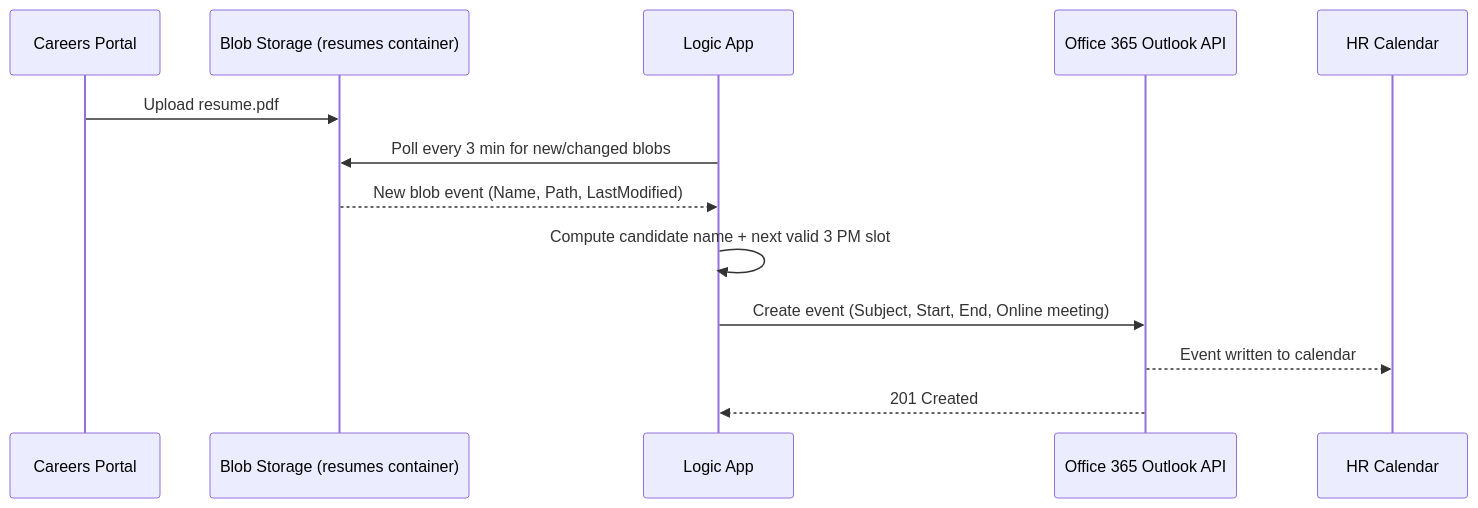
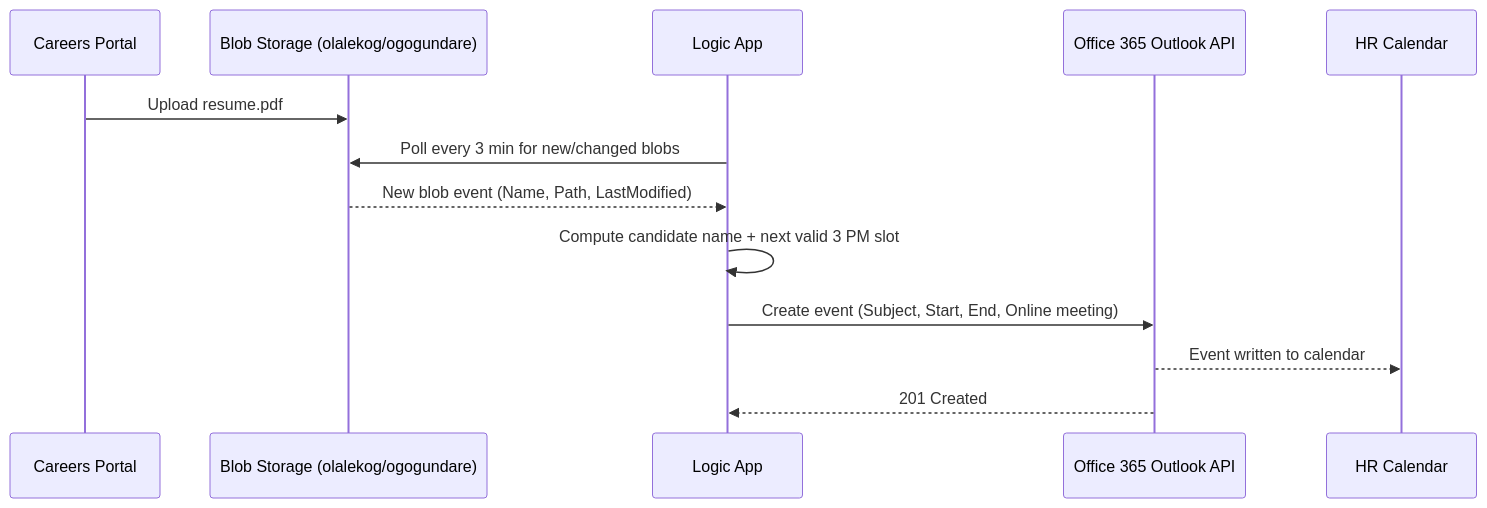
One commit to Olalekog/learning changed the second of 2 diagrams in Azure/logic-app-resume-interview-scheduler.md. Above: the diagram before and after it, drawn with Mermaid. The commit also changed other lines of this file, not shown here.

````diff
--- a/Azure/logic-app-resume-interview-scheduler.md
+++ b/Azure/logic-app-resume-interview-scheduler.md
@@ -74,16 +77,16 @@
 ```mermaid
 sequenceDiagram
     participant Portal as Careers Portal
-    participant Blob as Blob Storage (resumes container)
+    participant Blob as Blob Storage (olalekog/ogogundare)
     participant LA as Logic App
     participant O365 as Office 365 Outlook API
     participant HR as HR Calendar
 
     Portal->>Blob: Upload resume.pdf
     LA->>Blob: Poll every 3 min for new/changed blobs
     Blob-->>LA: New blob event (Name, Path, LastModified)
     LA->>LA: Compute candidate name + next valid 3 PM slot
     LA->>O365: Create event (Subject, Start, End, Online meeting)
     O365-->>HR: Event written to calendar
     O365-->>LA: 201 Created
 ```
````
